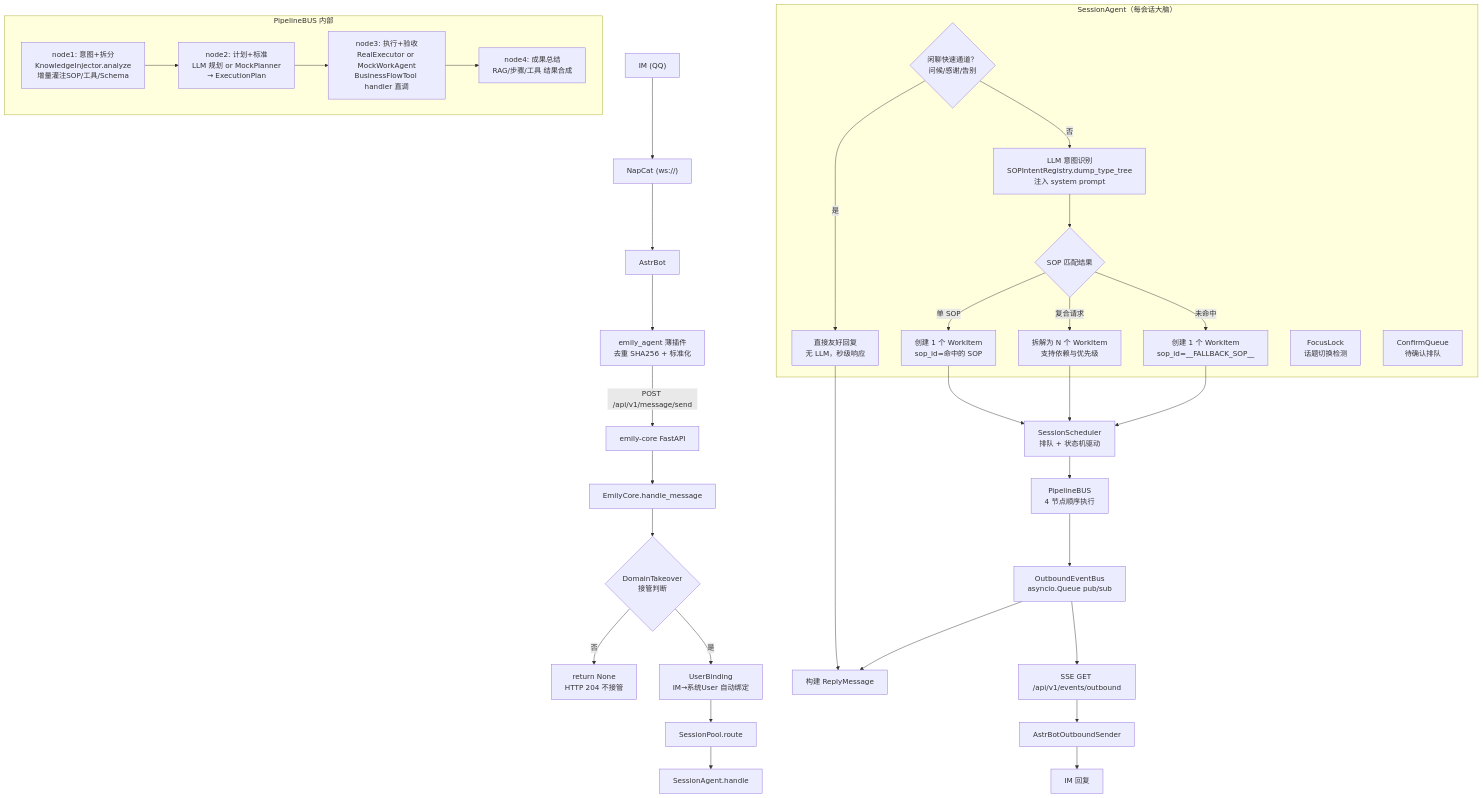
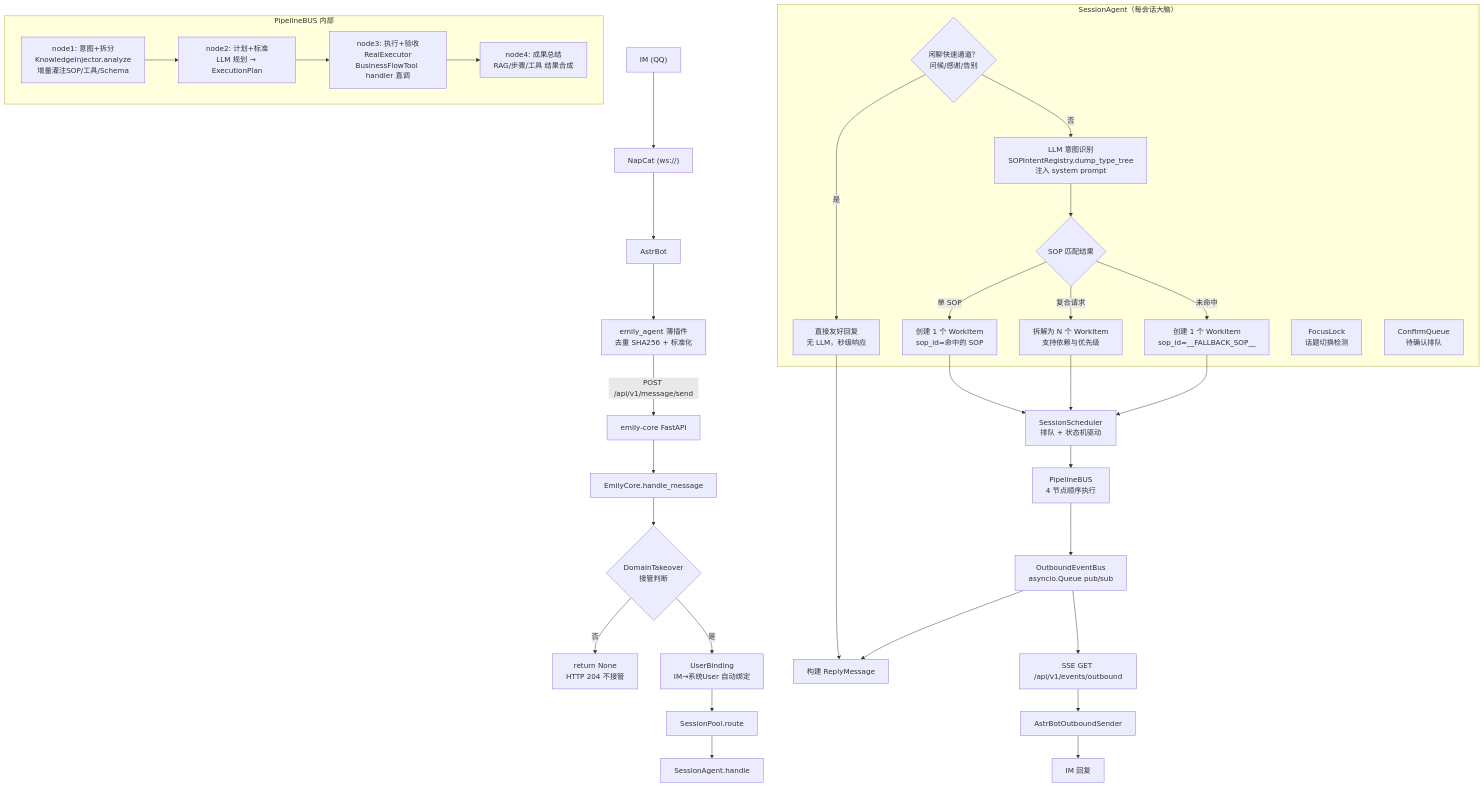
The first of 4 diagrams in docs/业务模块与运转全景.md (Ellyshome/Emily), drawn with Mermaid before and after one commit. The commit also changed other lines of this file and 23 other files, not shown here.

````diff
--- a/docs/业务模块与运转全景.md
+++ b/docs/业务模块与运转全景.md
@@ -9,54 +9,54 @@
 ```mermaid
 graph TD
     IM["IM (QQ)"] --> NapCat["NapCat (ws://)"]
     NapCat --> AstrBot["AstrBot"]
     AstrBot --> Plugin["emily_agent 薄插件<br/>去重 SHA256 + 标准化"]
 
     Plugin -->|"POST /api/v1/message/send"| API["emily-core FastAPI"]
     API --> Core["EmilyCore.handle_message"]
 
     Core --> DTS{"DomainTakeover<br/>接管判断"}
     DTS -->|否| Ret["return None<br/>HTTP 204 不接管"]
     DTS -->|是| Bind["UserBinding<br/>IM→系统User 自动绑定"]
 
     Bind --> Pool["SessionPool.route"]
     Pool --> SA["SessionAgent.handle"]
 
     subgraph Session["SessionAgent（每会话大脑）"]
         Fast{"闲聊快速通道？<br/>问候/感谢/告别"}
         Fast -->|是| FastReply["直接友好回复<br/>无 LLM，秒级响应"]
         Fast -->|否| Intent["LLM 意图识别<br/>SOPIntentRegistry.dump_type_tree<br/>注入 system prompt"]
 
         Intent --> Match{"SOP 匹配结果"}
         Match -->|单 SOP| WI1["创建 1 个 WorkItem<br/>sop_id=命中的 SOP"]
         Match -->|复合请求| WIn["拆解为 N 个 WorkItem<br/>支持依赖与优先级"]
         Match -->|未命中| WI_fb["创建 1 个 WorkItem<br/>sop_id=__FALLBACK_SOP__"]
 
         FocusLock["FocusLock<br/>话题切换检测"]
         ConfirmQ["ConfirmQueue<br/>待确认排队"]
     end
 
     FastReply --> Reply
     WI1 --> Scheduler["SessionScheduler<br/>排队 + 状态机驱动"]
     WIn --> Scheduler
     WI_fb --> Scheduler
 
     Scheduler --> BUS["PipelineBUS<br/>4 节点顺序执行"]
 
     subgraph BUS_internals["PipelineBUS 内部"]
         N1["node1: 意图+拆分<br/>KnowledgeInjector.analyze<br/>增量灌注SOP/工具/Schema"]
-        N2["node2: 计划+标准<br/>LLM 规划 or MockPlanner<br/>→ ExecutionPlan"]
-        N3["node3: 执行+验收<br/>RealExecutor or MockWorkAgent<br/>BusinessFlowTool handler 直调"]
+        N2["node2: 计划+标准<br/>LLM 规划 → ExecutionPlan"]
+        N3["node3: 执行+验收<br/>RealExecutor<br/>BusinessFlowTool handler 直调"]
         N4["node4: 成果总结<br/>RAG/步骤/工具 结果合成"]
     end
 
     N1 --> N2 --> N3 --> N4
 
     BUS --> OutBus["OutboundEventBus<br/>asyncio.Queue pub/sub"]
 
     OutBus --> SSE["SSE GET /api/v1/events/outbound"]
     SSE --> Sender["AstrBotOutboundSender"]
     Sender --> IM2["IM 回复"]
 
     OutBus --> Reply["构建 ReplyMessage"]
 ```
````
